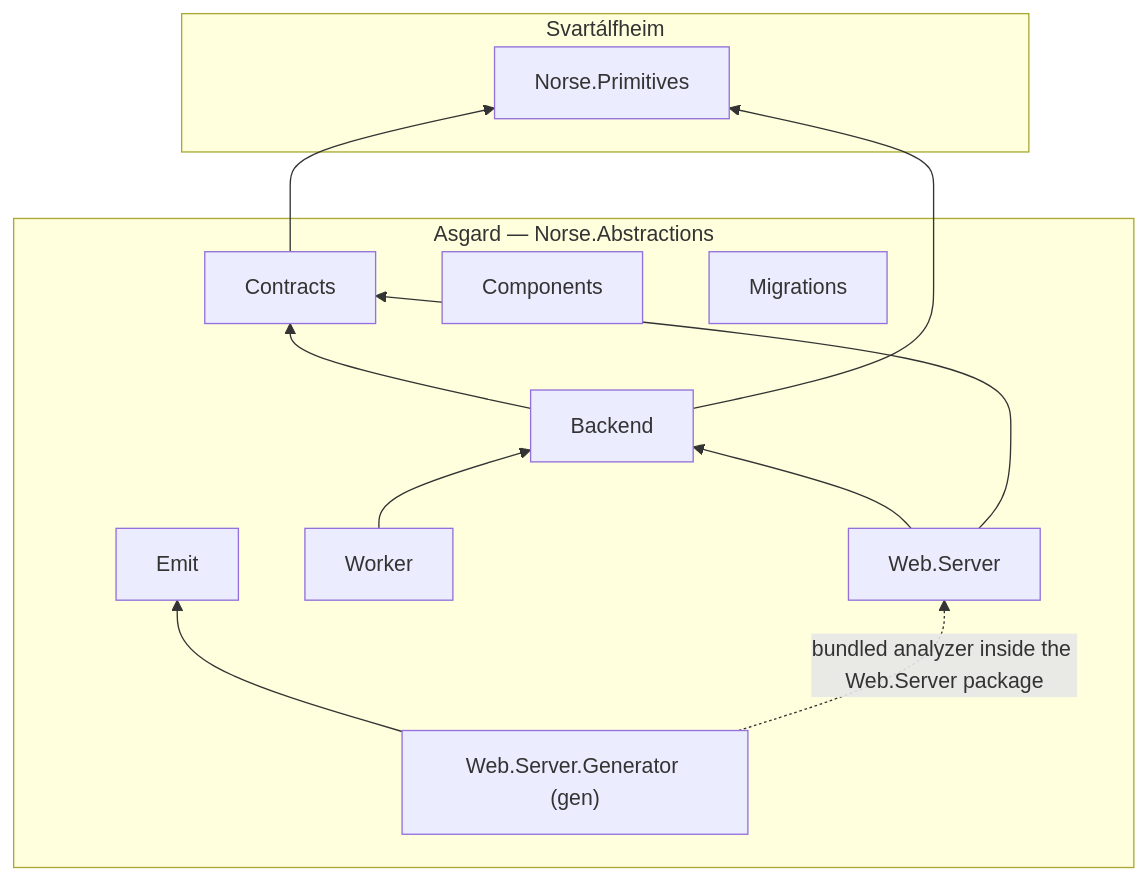
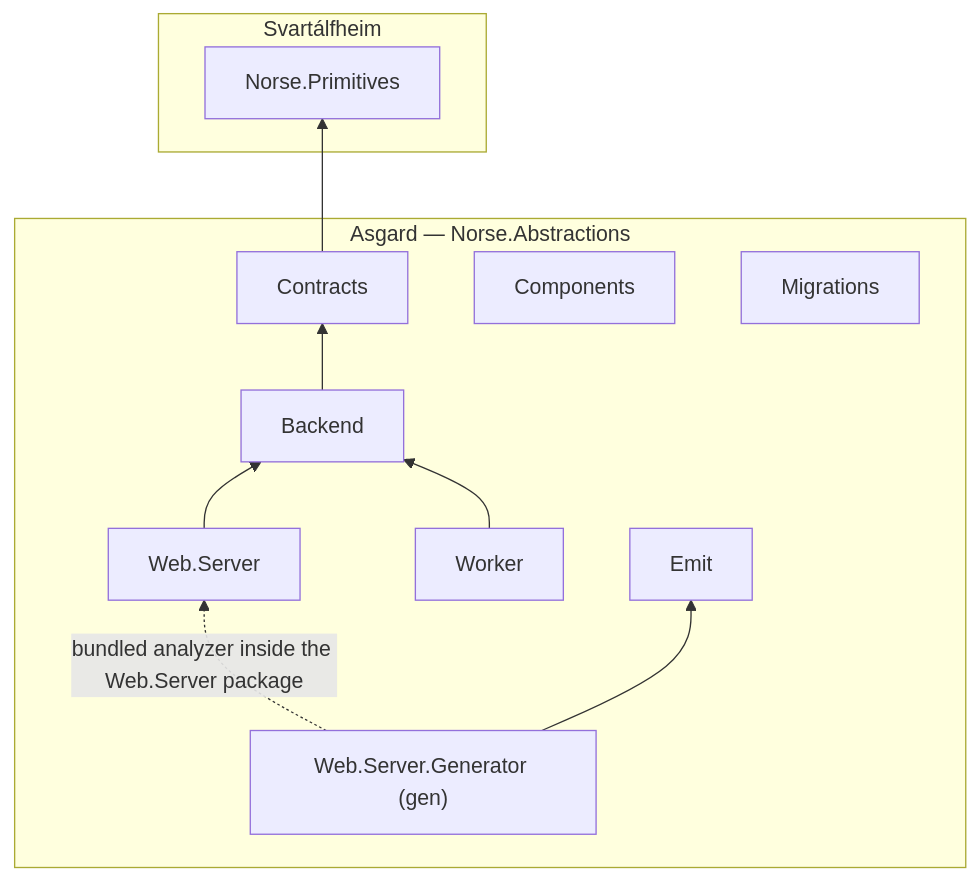
The diagram in README.md (NorseArchitecture/Asgard), drawn with Mermaid before and after one commit. The commit also changed other lines of this file and 3 other files, not shown here.

````diff
--- a/README.md
+++ b/README.md
@@ -30,24 +30,22 @@
 ```mermaid
 flowchart BT
 	subgraph Asgard["Asgard — Norse.Abstractions"]
 		Contracts
 		Components
 		Backend
 		WebServer["Web.Server"]
 		Worker
 		Migrations
 		Emit
 		Generator["Web.Server.Generator (gen)"]
 	end
 	subgraph Svartalfheim["Svartálfheim"]
 		Primitives["Norse.Primitives"]
 	end
 	Contracts --> Primitives
 	Backend --> Contracts
-	Backend --> Primitives
 	WebServer --> Backend
-	WebServer --> Contracts
 	Worker --> Backend
 	Generator --> Emit
 	Generator -.->|"bundled analyzer inside the Web.Server package"| WebServer
 ```
````
